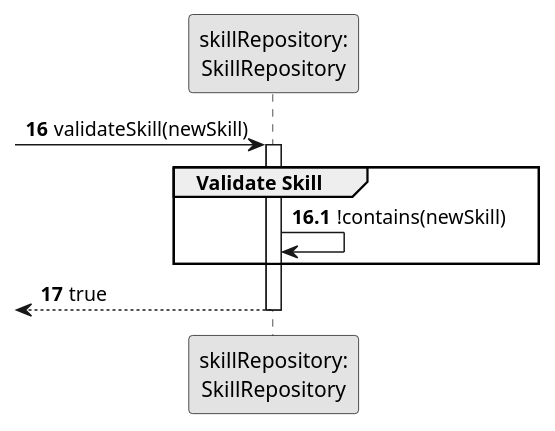
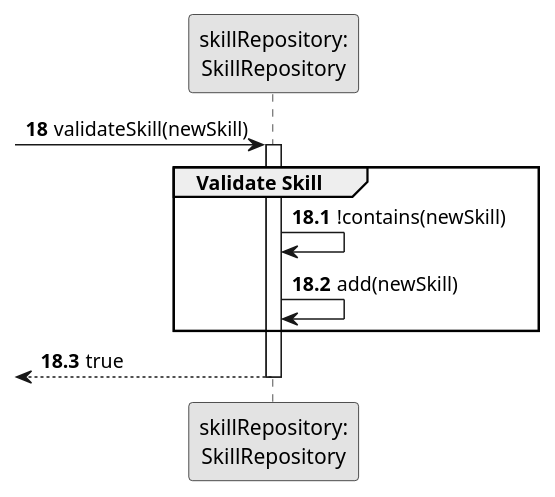
Before and after one commit to Paulo-Pereira-at-ISEP/lei-24-s2-1nanb-g321: the diagram in docs/sprintB/us01/03.design/puml/us01-sequence-diagram-partial-validate-skill.puml, drawn with PlantUML.

Commit message:
LGGPM-115 - US01 - Design - Sequence diagram update (partial - validateSkill)

```diff
--- a/docs/sprintB/us01/03.design/puml/us01-sequence-diagram-partial-validate-skill.puml
+++ b/docs/sprintB/us01/03.design/puml/us01-sequence-diagram-partial-validate-skill.puml
@@ -1,26 +1,27 @@
 @startuml
 skinparam monochrome true
 skinparam packageStyle rectangle
 skinparam shadowing false
 
 participant "skillRepository:\nSkillRepository" as SKILL_REPO_INSTANCE
 
 
 
-autonumber 16
+autonumber 18
 -> SKILL_REPO_INSTANCE : validateSkill(newSkill)
 
-autonumber 16.1
+autonumber 18.1
 activate SKILL_REPO_INSTANCE
     group Validate Skill
 
         SKILL_REPO_INSTANCE -> SKILL_REPO_INSTANCE: !contains(newSkill)
 
+        SKILL_REPO_INSTANCE -> SKILL_REPO_INSTANCE: add(newSkill)
+
     end
 
-    autonumber 17
     <-- SKILL_REPO_INSTANCE : true
 deactivate SKILL_REPO_INSTANCE
 
 
 @enduml
```
